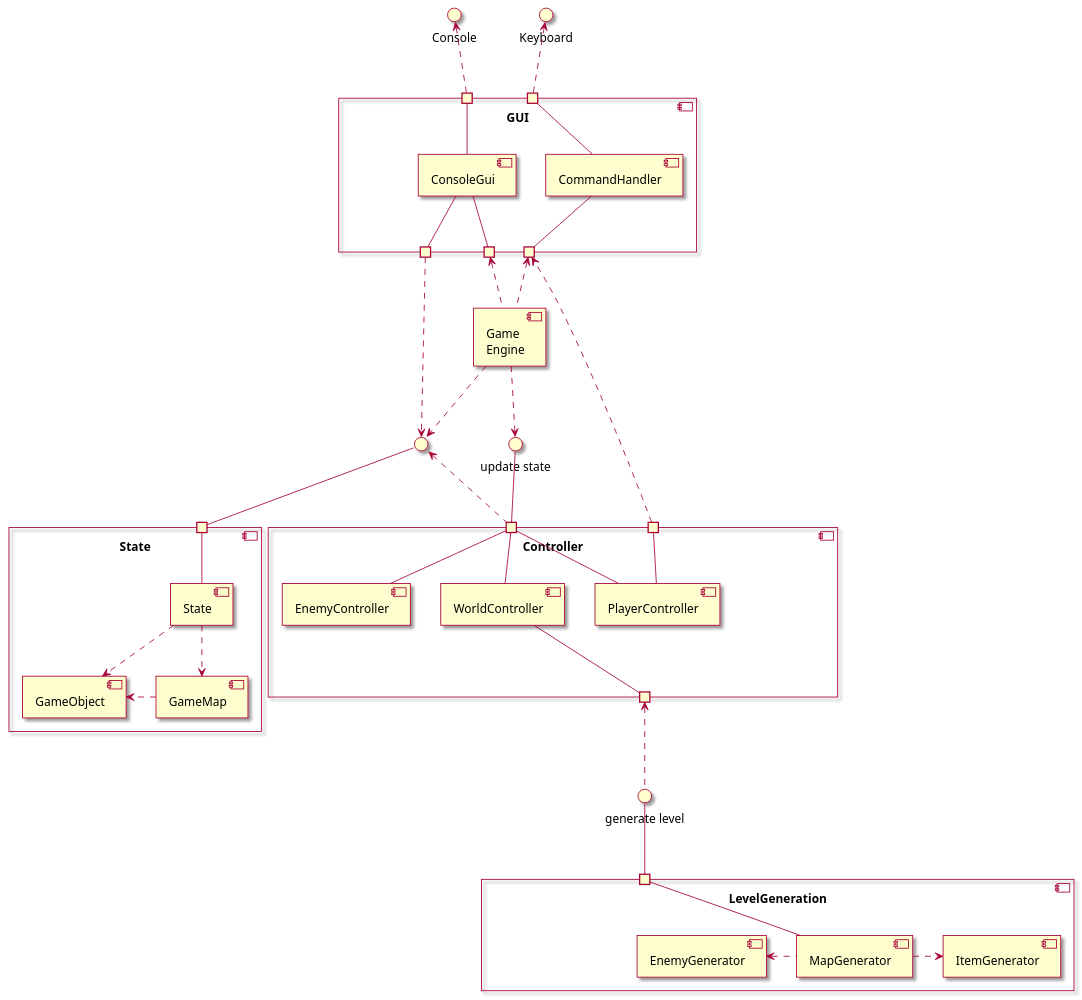
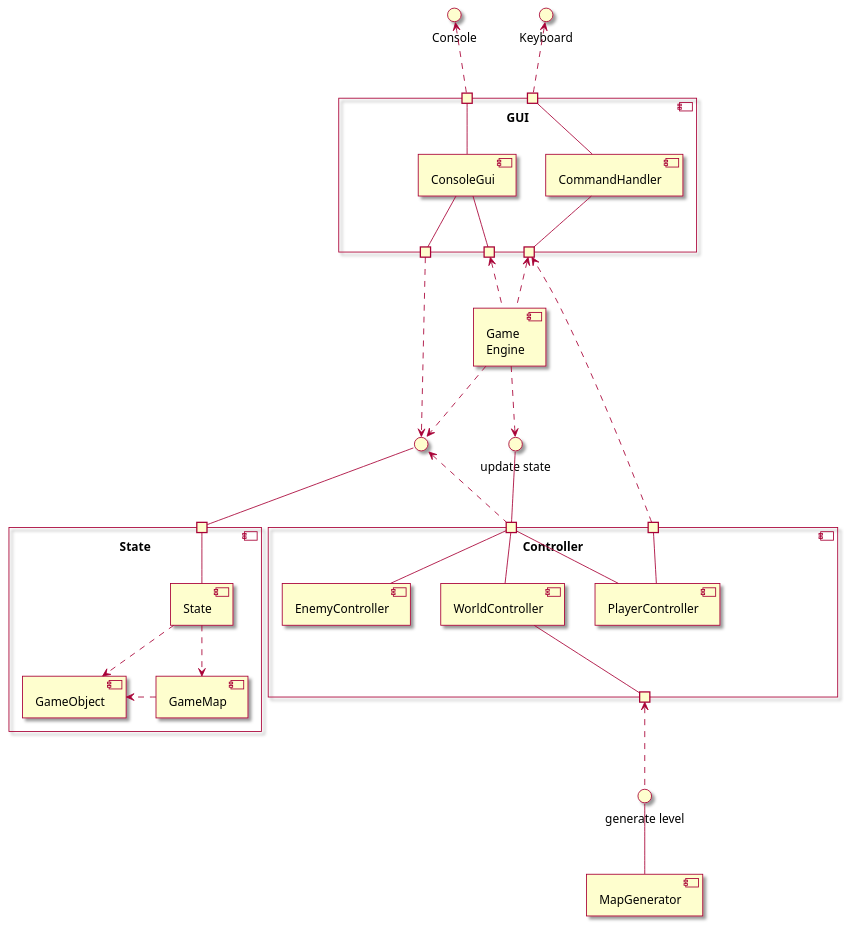
The diagram in docs/components.puml (capitanFlint129/Rougelike), drawn with PlantUML before and after one commit. The commit also changed 4 other files, not shown here.

Commit message:
update component and class diagrams

```diff
--- a/docs/components.puml
+++ b/docs/components.puml
@@ -1,84 +1,77 @@
 @startuml
 skin rose
 
 'title RogueLike Game - Component Diagram
 /'
 Define components
 '/
 [Game\nEngine] as GE
 
 component GUI {
 port " " as p_gui
 port " " as p_commands
 [ConsoleGui]
 [CommandHandler]
 
 portout " " as p_gui_out
 portout " " as p_commands_out
 portout " " as p_gui_state
 
 [ConsoleGui] - p_gui
 [ConsoleGui] - p_gui_state
 [ConsoleGui] - p_gui_out
 [CommandHandler] - p_commands
 [CommandHandler] - p_commands_out
 
 
 }
 
 
 component "Controller" as Controller {
 port " " as p_controller
 port " " as p_controller_player
 portout " " as p_controller_level_gen
 [PlayerController]
 [PlayerController] - p_controller_player
 [EnemyController]
 [WorldController]
 }
 
 component "State" as SF {
 port "  " as p_state
 [State]
 [GameMap]
 [GameObject]
 }
-component "LevelGeneration" as LG {
-    port " " as p_level_gen
-  [MapGenerator] as MG
-  [EnemyGenerator] as OG
-  [ItemGenerator] AS IG
-}
+[MapGenerator] as MG
+
 /'
 ===================================
 '/
 GE ..> " "
 p_gui_state ..> " "
 " " <.. p_controller
 p_gui_out <.. GE
 p_commands_out <.. GE
 "update state" -- p_controller
 GE ..> "update state"
-"generate level" -- p_level_gen
+"generate level" -- MG
 p_controller_level_gen -- WorldController
 p_controller_level_gen <.. "generate level"
 State - p_state
 " " -- p_state
 
 [State] ..> [GameMap]
 [State] ..> [GameObject]
 [GameMap] .> [GameObject]
 
 [PlayerController] - p_controller
 [EnemyController] - p_controller
 [WorldController] - p_controller
 p_controller_player ..> p_commands_out
 
 
-MG - p_level_gen
-OG <. MG
-MG .> IG
 
 Console <.. p_gui
 Keyboard <.. p_commands
 @enduml
```
